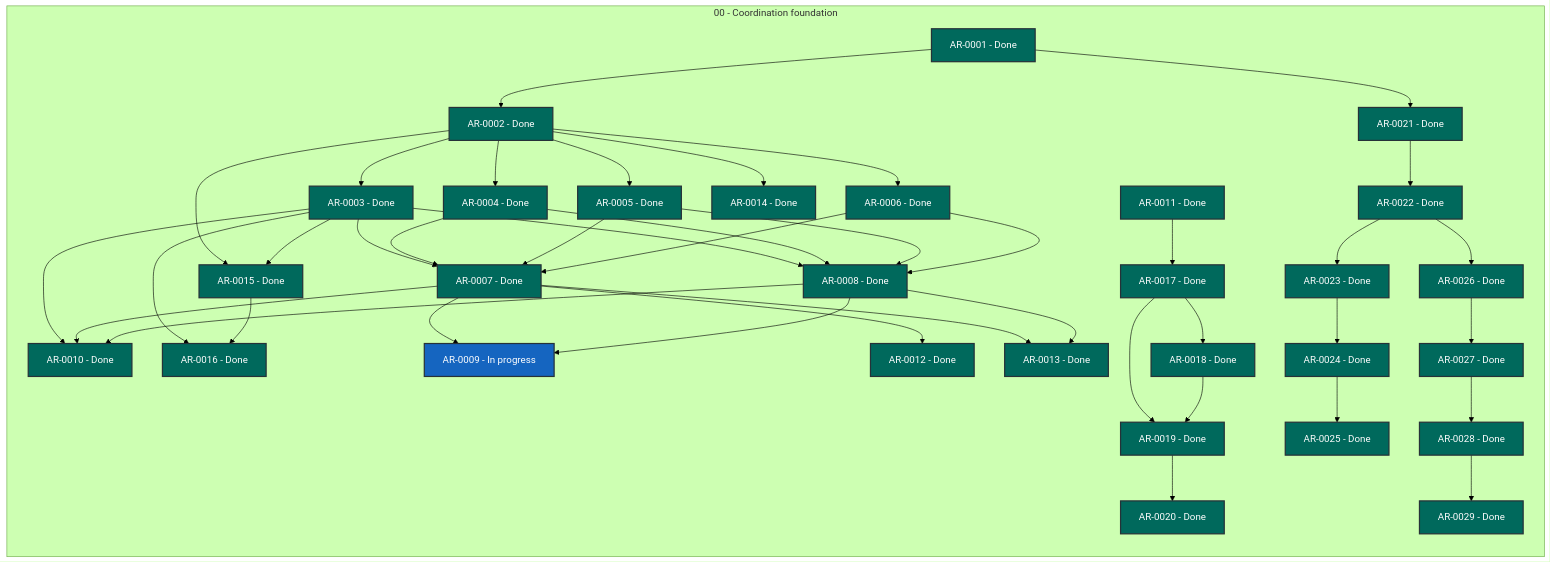
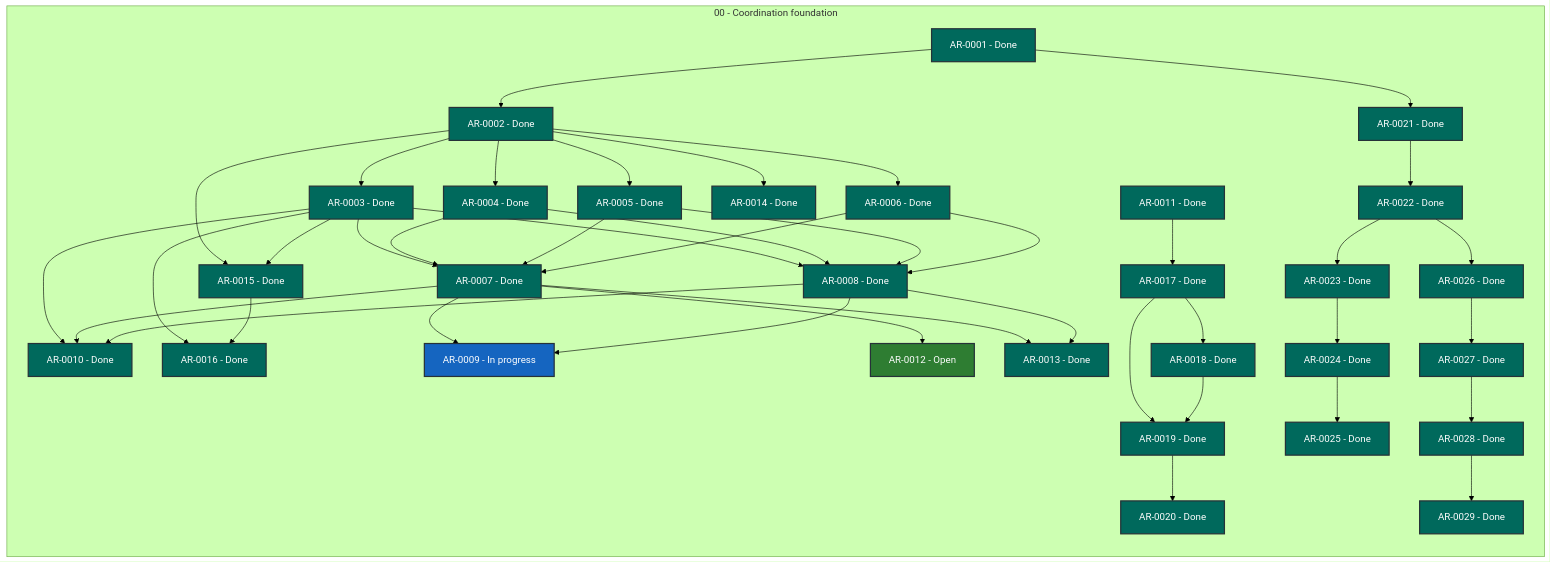
The diagram in STATUS.md (martin-beck/agent-workflow-coordinator-state), drawn with Mermaid (forest theme) before and after one commit. The commit also changed other lines of this file and 2 other files, not shown here.

```diff
--- a/STATUS.md
+++ b/STATUS.md
@@ -39,7 +39,7 @@
         AR_0009["AR-0009 - In progress"]:::status_in_progress
         AR_0010["AR-0010 - Done"]:::status_done
         AR_0011["AR-0011 - Done"]:::status_done
-        AR_0012["AR-0012 - Done"]:::status_done
+        AR_0012["AR-0012 - Open"]:::status_open
         AR_0013["AR-0013 - Done"]:::status_done
         AR_0014["AR-0014 - Done"]:::status_done
         AR_0015["AR-0015 - Done"]:::status_done
```
